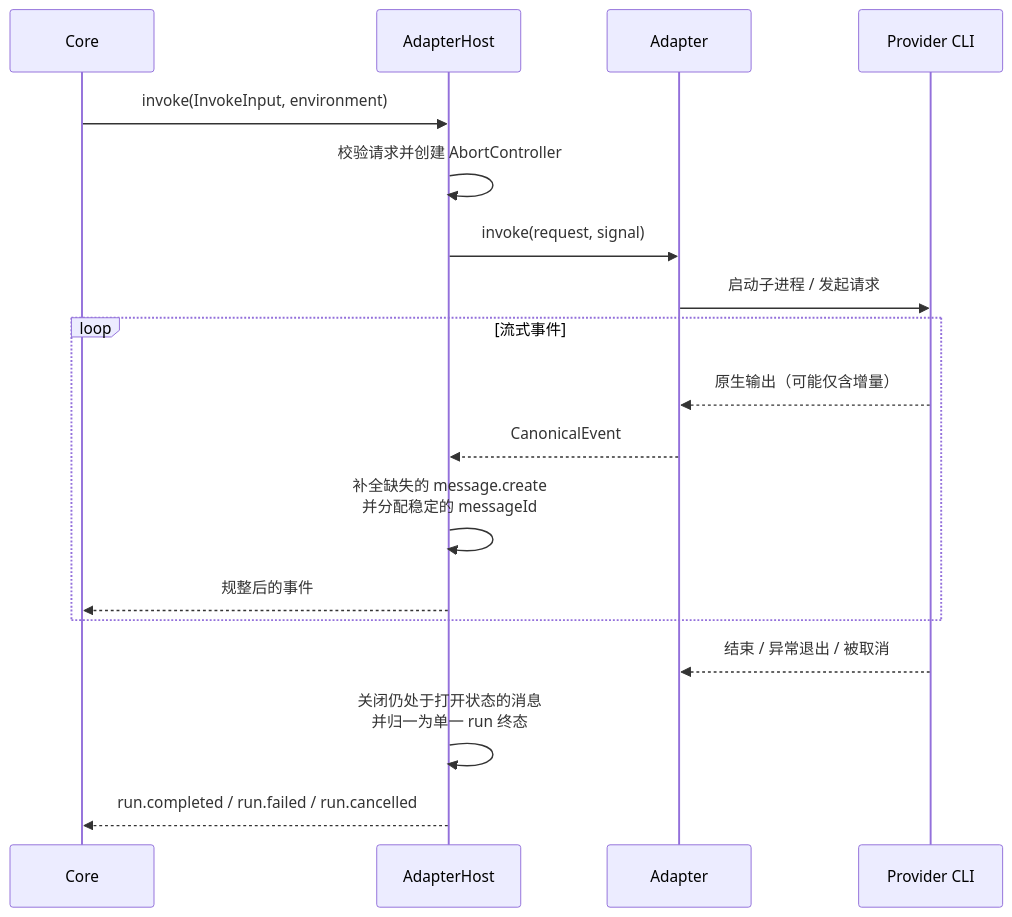
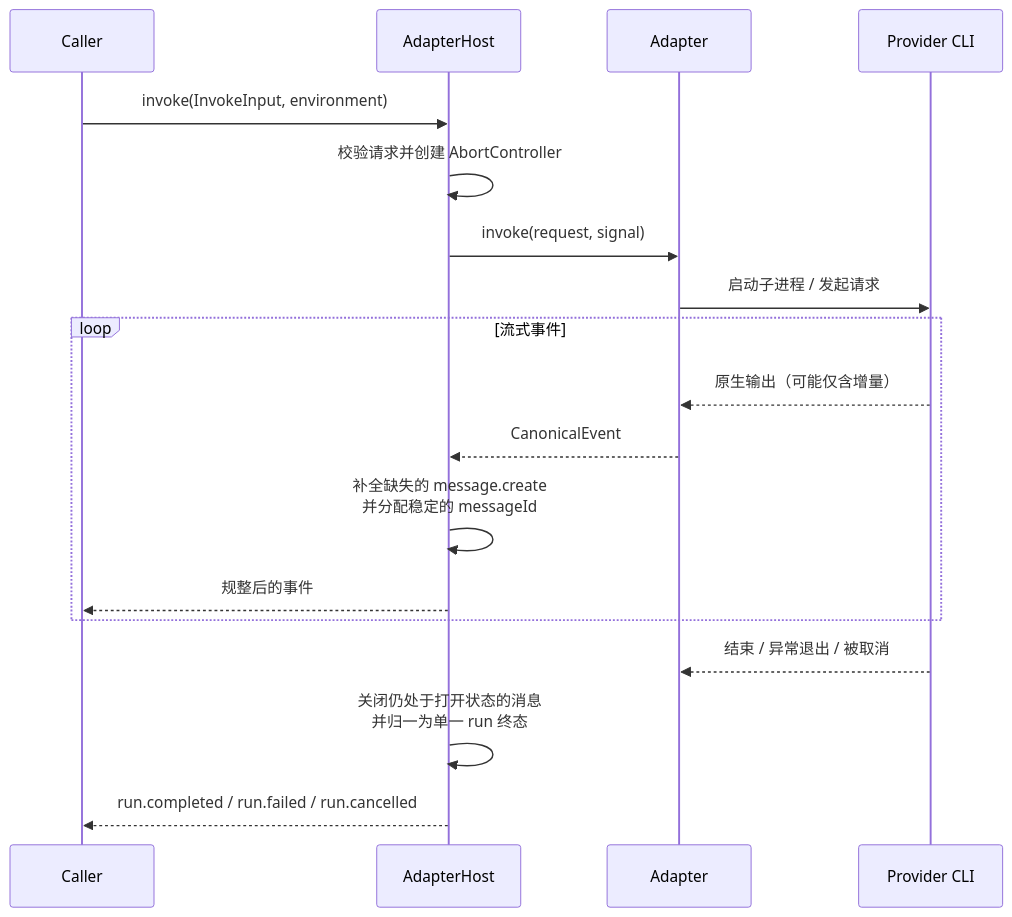
Before and after one commit to Mininglamp-OSS/octo-runtime: the diagram in packages/octo-runtime-adapter-host/README.md, drawn with Mermaid. The commit also changed other lines of this file and 1 other file, not shown here.

````diff
--- a/packages/octo-runtime-adapter-host/README.md
+++ b/packages/octo-runtime-adapter-host/README.md
@@ -27,23 +27,23 @@
 ```mermaid
 sequenceDiagram
-    participant Core
+    participant Caller
     participant Host as AdapterHost
     participant Adapter
     participant CLI as Provider CLI
 
-    Core->>Host: invoke(InvokeInput, environment)
+    Caller->>Host: invoke(InvokeInput, environment)
     Host->>Host: 校验请求并创建 AbortController
     Host->>Adapter: invoke(request, signal)
     Adapter->>CLI: 启动子进程 / 发起请求
 
     loop 流式事件
         CLI-->>Adapter: 原生输出（可能仅含增量）
         Adapter-->>Host: CanonicalEvent
         Host->>Host: 补全缺失的 message.create<br/>并分配稳定的 messageId
-        Host-->>Core: 规整后的事件
+        Host-->>Caller: 规整后的事件
     end
 
     CLI-->>Adapter: 结束 / 异常退出 / 被取消
     Host->>Host: 关闭仍处于打开状态的消息<br/>并归一为单一 run 终态
-    Host-->>Core: run.completed / run.failed / run.cancelled
+    Host-->>Caller: run.completed / run.failed / run.cancelled
 ```
````
